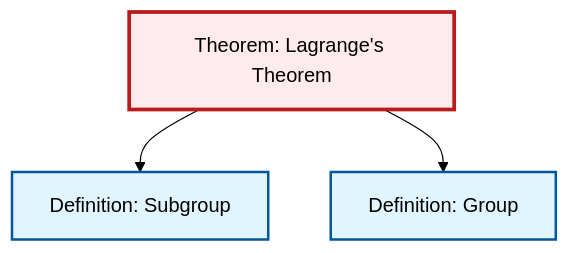
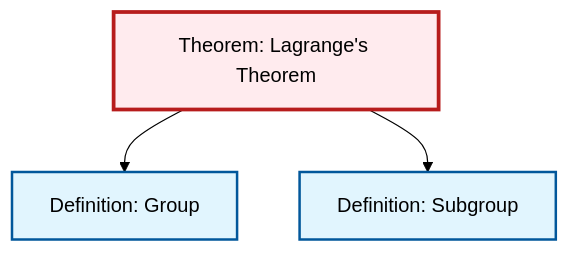
Before and after one commit to RK0429/ModernMath: the diagram in output/mermaid/thm-lagrange.mermaid, drawn with Mermaid (forest theme). The commit also changed other lines of this file and 151 other files, not shown here.

First line of the commit message:
feat: Complete Math Knowledge Graph Wiki MVP with interactive visualizations

````diff
--- a/output/mermaid/thm-lagrange.mermaid
+++ b/output/mermaid/thm-lagrange.mermaid
@@ -1,15 +1,15 @@
 ```{mermaid}
 %%| fig-cap: "Local dependency graph"
 graph TD
     classDef definition fill:#e1f5fe,stroke:#01579b,stroke-width:2px
     classDef theorem fill:#f3e5f5,stroke:#4a148c,stroke-width:2px
     classDef axiom fill:#fff3e0,stroke:#e65100,stroke-width:2px
     classDef example fill:#e8f5e9,stroke:#1b5e20,stroke-width:2px
     classDef current fill:#ffebee,stroke:#b71c1c,stroke-width:3px
     thm-lagrange["Theorem: Lagrange's Theorem"]:::theorem
+    def-group["Definition: Group"]:::definition
     def-subgroup["Definition: Subgroup"]:::definition
-    def-group["Definition: Group"]:::definition
+    thm-lagrange --> def-group
     thm-lagrange --> def-subgroup
-    thm-lagrange --> def-group
     class thm-lagrange current
 ```
````
